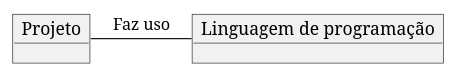
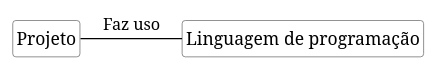
One commit to kyriosdata/oo changed the diagram in imagens/modelos-01/imagem-02/mod01ima02.plantuml. Above: the diagram before and after it, drawn with PlantUML. The commit also changed 13 other files, not shown here.

```diff
--- a/imagens/modelos-01/imagem-02/mod01ima02.plantuml
+++ b/imagens/modelos-01/imagem-02/mod01ima02.plantuml
@@ -1,5 +1,14 @@
 @startuml mod01ima02
-object "Projeto" as o1
-object "Linguagem de programação" as o2
+hide circle
+hide methods
+hide empty members
+
+skinparam class {
+    BackgroundColor White
+    ArrowColor Black
+    BorderColor #505050
+}
+class "Projeto" as o1
+Class "Linguagem de programação" as o2
 o1 - o2 : Faz uso 
 @enduml
```
